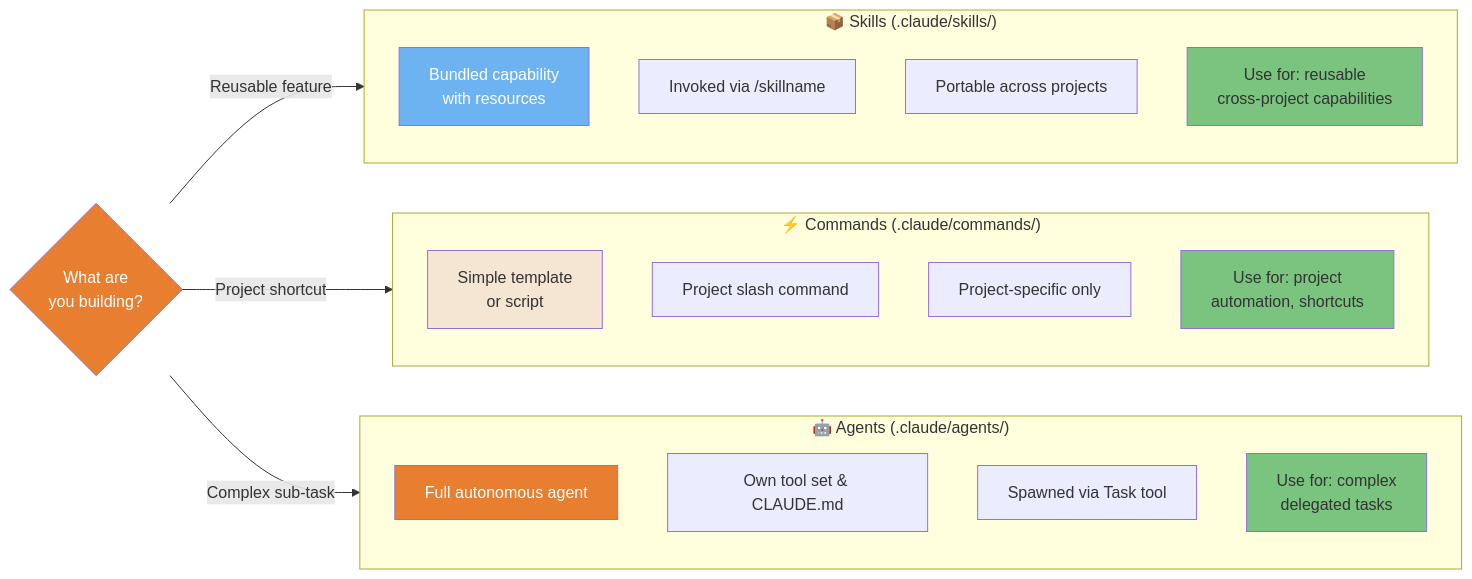
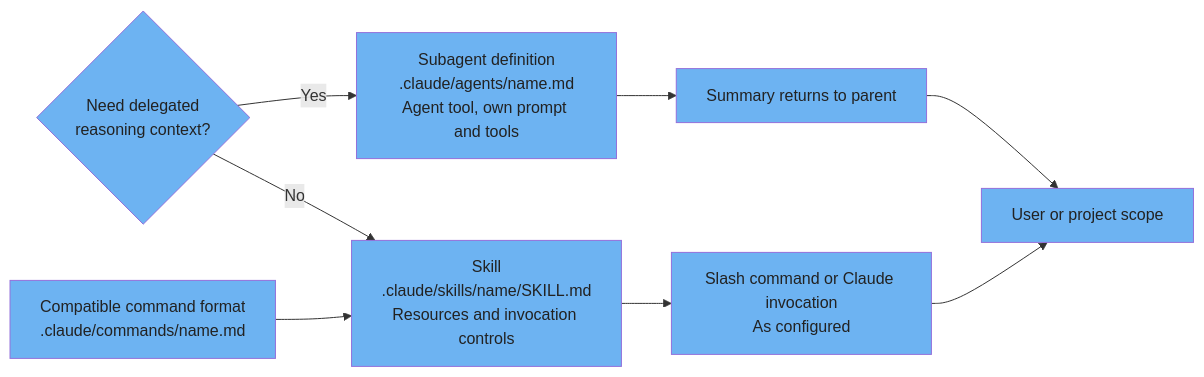
Before and after one commit to FlorianBruniaux/claude-code-ultimate-guide: the second of 4 diagrams in guide/diagrams/03-configuration-system.md, drawn with Mermaid. The commit also changed other lines of this file and 17 other files, not shown here.

Commit message:
docs: refresh all diagrams and correct their source guidance

````diff
--- a/guide/diagrams/03-configuration-system.md
+++ b/guide/diagrams/03-configuration-system.md
@@ -67,49 +72,24 @@
 ```mermaid
 flowchart LR
-    subgraph SKILLS["📦 Skills (.claude/skills/)"]
-        S1[Bundled capability<br/>with resources]
-        S2[Invoked via /skillname]
-        S3[Portable across projects]
-        S4["Use for: reusable<br/>cross-project capabilities"]
-    end
-
-    subgraph COMMANDS["⚡ Commands (.claude/commands/)"]
-        C1[Simple template<br/>or script]
-        C2[Project slash command]
-        C3[Project-specific only]
-        C4["Use for: project<br/>automation, shortcuts"]
-    end
-
-    subgraph AGENTS["🤖 Agents (.claude/agents/)"]
-        A1[Full autonomous agent]
-        A2[Own tool set & CLAUDE.md]
-        A3[Spawned via Task tool]
-        A4["Use for: complex<br/>delegated tasks"]
-    end
-
-    Q{What are<br/>you building?} --> |Reusable feature| SKILLS
-    Q --> |Project shortcut| COMMANDS
-    Q --> |Complex sub-task| AGENTS
-
-    style S1 fill:#6DB3F2,color:#fff
-    style S4 fill:#7BC47F,color:#333
-    style C1 fill:#F5E6D3,color:#333
-    style C4 fill:#7BC47F,color:#333
-    style A1 fill:#E87E2F,color:#fff
-    style A4 fill:#7BC47F,color:#333
-    style Q fill:#E87E2F,color:#fff
-
-    click S1 href "https://github.com/FlorianBruniaux/claude-code-ultimate-guide/blob/main/guide/ultimate-guide.md#51-understanding-skills" "Skills: Bundled capability"
-    click S2 href "https://github.com/FlorianBruniaux/claude-code-ultimate-guide/blob/main/guide/ultimate-guide.md#51-understanding-skills" "Skills: Invoked via /skillname"
-    click S3 href "https://github.com/FlorianBruniaux/claude-code-ultimate-guide/blob/main/guide/ultimate-guide.md#51-understanding-skills" "Skills: Portable across projects"
-    click S4 href "https://github.com/FlorianBruniaux/claude-code-ultimate-guide/blob/main/guide/ultimate-guide.md#51-understanding-skills" "Skills: Reusable capabilities"
-    click C1 href "https://github.com/FlorianBruniaux/claude-code-ultimate-guide/blob/main/guide/ultimate-guide.md#62-creating-custom-commands" "Commands: Simple template"
-    click C2 href "https://github.com/FlorianBruniaux/claude-code-ultimate-guide/blob/main/guide/ultimate-guide.md#62-creating-custom-commands" "Commands: Project slash command"
-    click C3 href "https://github.com/FlorianBruniaux/claude-code-ultimate-guide/blob/main/guide/ultimate-guide.md#62-creating-custom-commands" "Commands: Project-specific"
-    click C4 href "https://github.com/FlorianBruniaux/claude-code-ultimate-guide/blob/main/guide/ultimate-guide.md#62-creating-custom-commands" "Commands: Project automation"
-    click A1 href "https://github.com/FlorianBruniaux/claude-code-ultimate-guide/blob/main/guide/ultimate-guide.md#41-what-are-agents" "Agents: Full autonomous"
-    click A2 href "https://github.com/FlorianBruniaux/claude-code-ultimate-guide/blob/main/guide/ultimate-guide.md#41-what-are-agents" "Agents: Own tool set"
-    click A3 href "https://github.com/FlorianBruniaux/claude-code-ultimate-guide/blob/main/guide/ultimate-guide.md#41-what-are-agents" "Agents: Spawned via Task tool"
-    click A4 href "https://github.com/FlorianBruniaux/claude-code-ultimate-guide/blob/main/guide/ultimate-guide.md#41-what-are-agents" "Agents: Complex delegated tasks"
-    click Q href "https://github.com/FlorianBruniaux/claude-code-ultimate-guide/blob/main/guide/ultimate-guide.md#41-what-are-agents" "What are you building?"
+    Q{Need delegated<br/>reasoning context?} -->|Yes| A[Subagent definition<br/>.claude/agents/name.md<br/>Agent tool, own prompt and tools]
+    Q -->|No| S[Skill<br/>.claude/skills/name/SKILL.md<br/>Resources and invocation controls]
+    C[Compatible command format<br/>.claude/commands/name.md] --> S
+    S --> I[Slash command or Claude invocation<br/>As configured]
+    A --> R[Summary returns to parent]
+    I --> U[User or project scope]
+    R --> U
+    style Q fill:#6DB3F2,color:#222
+    click Q href "https://github.com/FlorianBruniaux/claude-code-ultimate-guide/blob/main/guide/ultimate-guide.md#51-understanding-skills" "Understanding skills"
+    style A fill:#6DB3F2,color:#222
+    click A href "https://github.com/FlorianBruniaux/claude-code-ultimate-guide/blob/main/guide/ultimate-guide.md#51-understanding-skills" "Understanding skills"
+    style S fill:#6DB3F2,color:#222
+    click S href "https://github.com/FlorianBruniaux/claude-code-ultimate-guide/blob/main/guide/ultimate-guide.md#51-understanding-skills" "Understanding skills"
+    style C fill:#6DB3F2,color:#222
+    click C href "https://github.com/FlorianBruniaux/claude-code-ultimate-guide/blob/main/guide/ultimate-guide.md#51-understanding-skills" "Understanding skills"
+    style I fill:#6DB3F2,color:#222
+    click I href "https://github.com/FlorianBruniaux/claude-code-ultimate-guide/blob/main/guide/ultimate-guide.md#51-understanding-skills" "Understanding skills"
+    style R fill:#6DB3F2,color:#222
+    click R href "https://github.com/FlorianBruniaux/claude-code-ultimate-guide/blob/main/guide/ultimate-guide.md#51-understanding-skills" "Understanding skills"
+    style U fill:#6DB3F2,color:#222
+    click U href "https://github.com/FlorianBruniaux/claude-code-ultimate-guide/blob/main/guide/ultimate-guide.md#51-understanding-skills" "Understanding skills"
 ```
````
